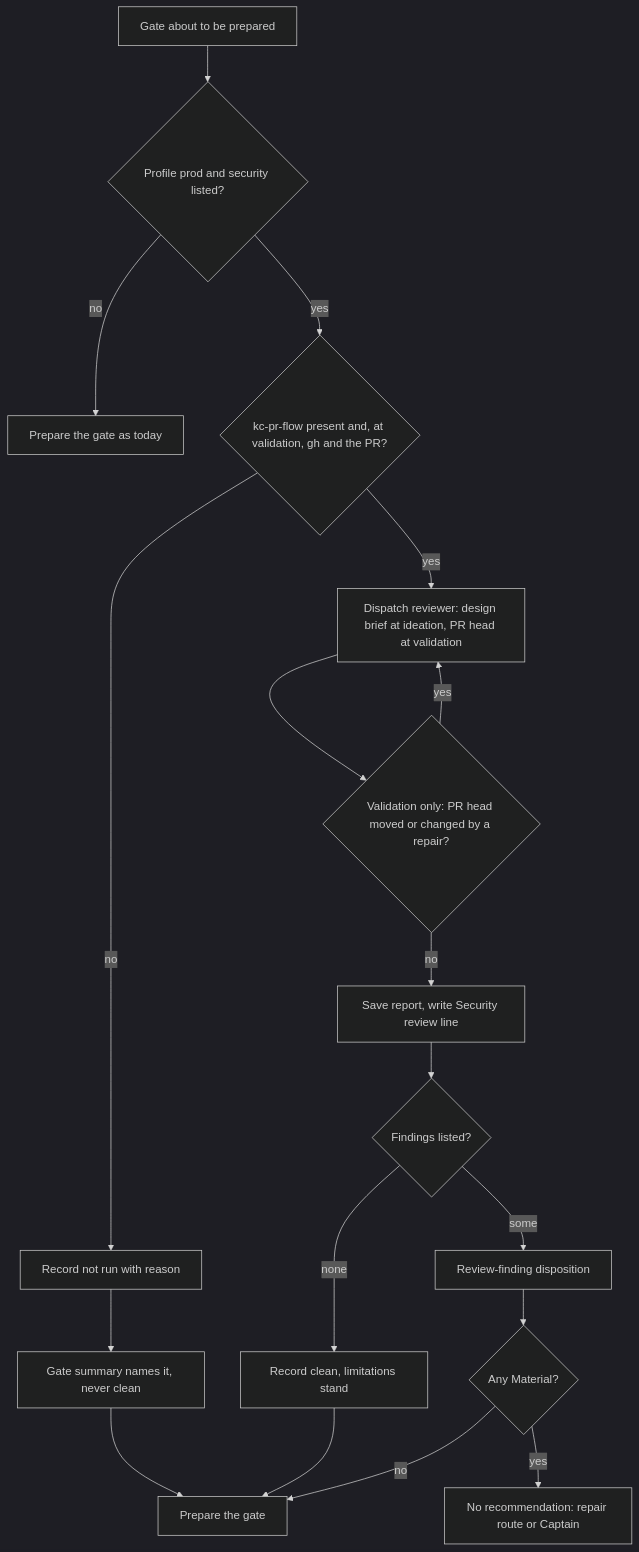
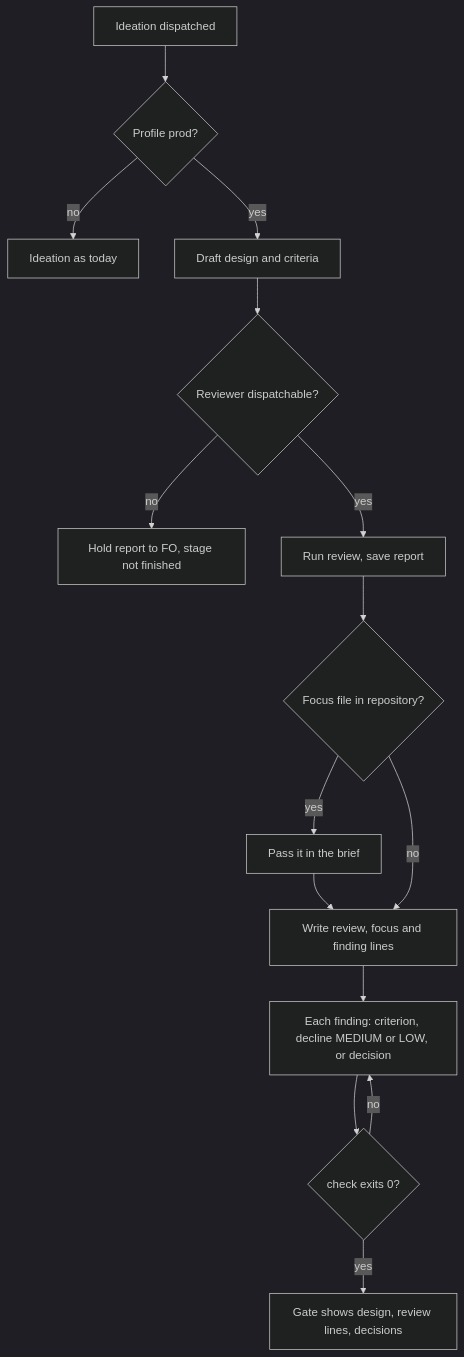
Before and after one commit to iamcxa/kc-claude-plugins: the second of 2 diagrams in prod-security-review-gates.md, drawn with Mermaid (dark theme). The commit also changed other lines of this file and 9 other files, not shown here.

Commit message:
state: prod-security-review-gates ideation cycle 2 (amendment 2 design, replay, report)

````diff
--- a/prod-security-review-gates.md
+++ b/prod-security-review-gates.md
@@ -173,17 +175,16 @@
 ```mermaid
 flowchart TD
-    A[Gate about to be prepared] --> B{Profile prod and security listed?}
-    B -- no --> Z[Prepare the gate as today]
-    B -- yes --> C{kc-pr-flow present and, at validation, gh and the PR?}
-    C -- no --> N[Record not run with reason] --> S[Gate summary names it, never clean] --> Z2[Prepare the gate]
-    C -- yes --> D[Dispatch reviewer: design brief at ideation, PR head at validation]
-    D --> H{Validation only: PR head moved or changed by a repair?}
-    H -- yes --> D
-    H -- no --> E[Save report, write Security review line]
-    E --> F{Findings listed?}
-    F -- none --> G[Record clean, limitations stand] --> Z2
-    F -- some --> I[Review-finding disposition]
-    I --> J{Any Material?}
-    J -- yes --> K[No recommendation: repair route or Captain]
-    J -- no --> Z2
+    A[Ideation dispatched] --> B{Profile prod?}
+    B -- no --> Z[Ideation as today]
+    B -- yes --> C[Draft design and criteria]
+    C --> D{Reviewer dispatchable?}
+    D -- no --> H[Hold report to FO, stage not finished]
+    D -- yes --> E[Run review, save report]
+    E --> F{Focus file in repository?}
+    F -- yes --> G[Pass it in the brief] --> I
+    F -- no --> I[Write review, focus and finding lines]
+    I --> J[Each finding: criterion, decline MEDIUM or LOW, or decision]
+    J --> K{check exits 0?}
+    K -- no --> J
+    K -- yes --> L[Gate shows design, review lines, decisions]
 ```
````
